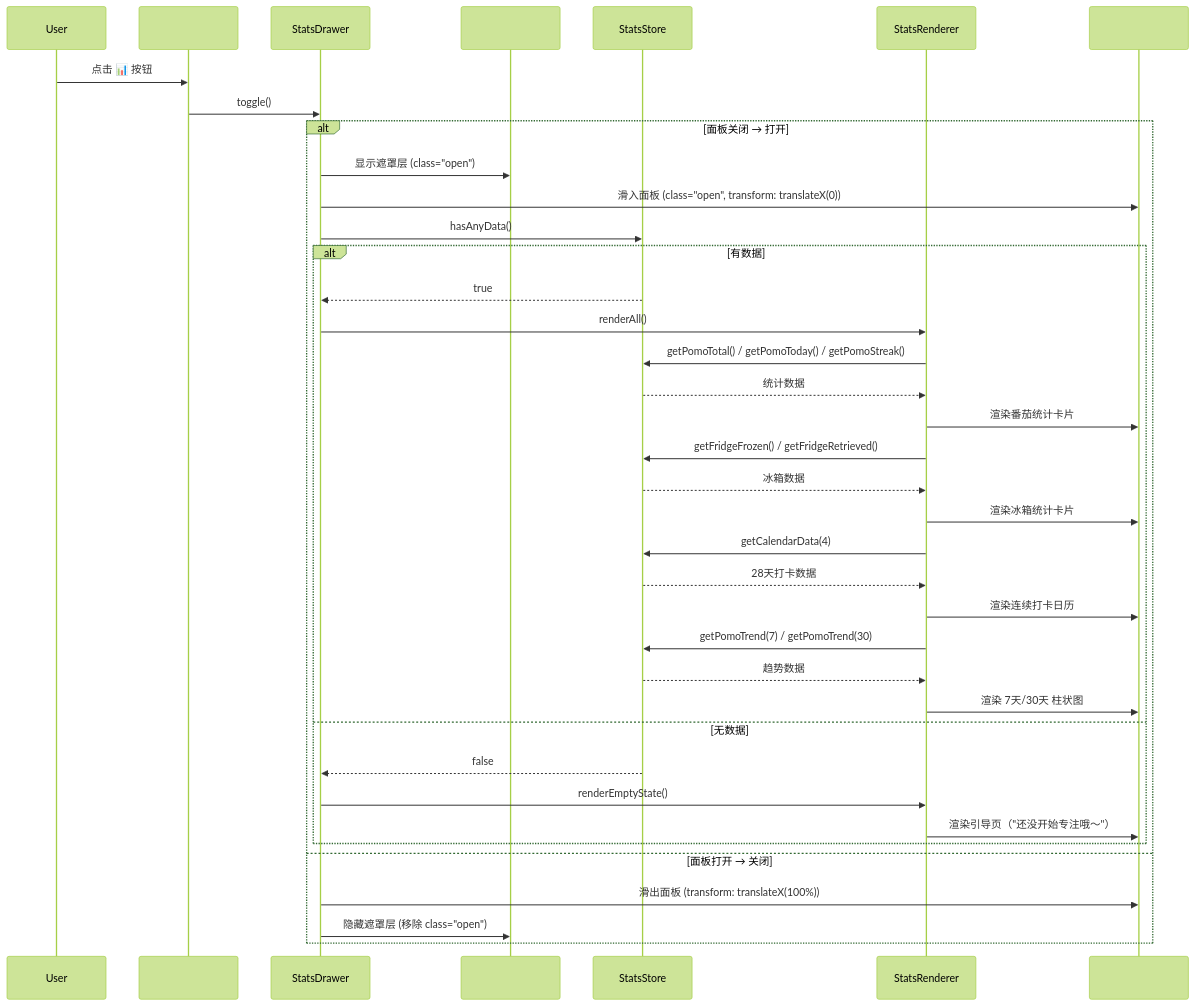
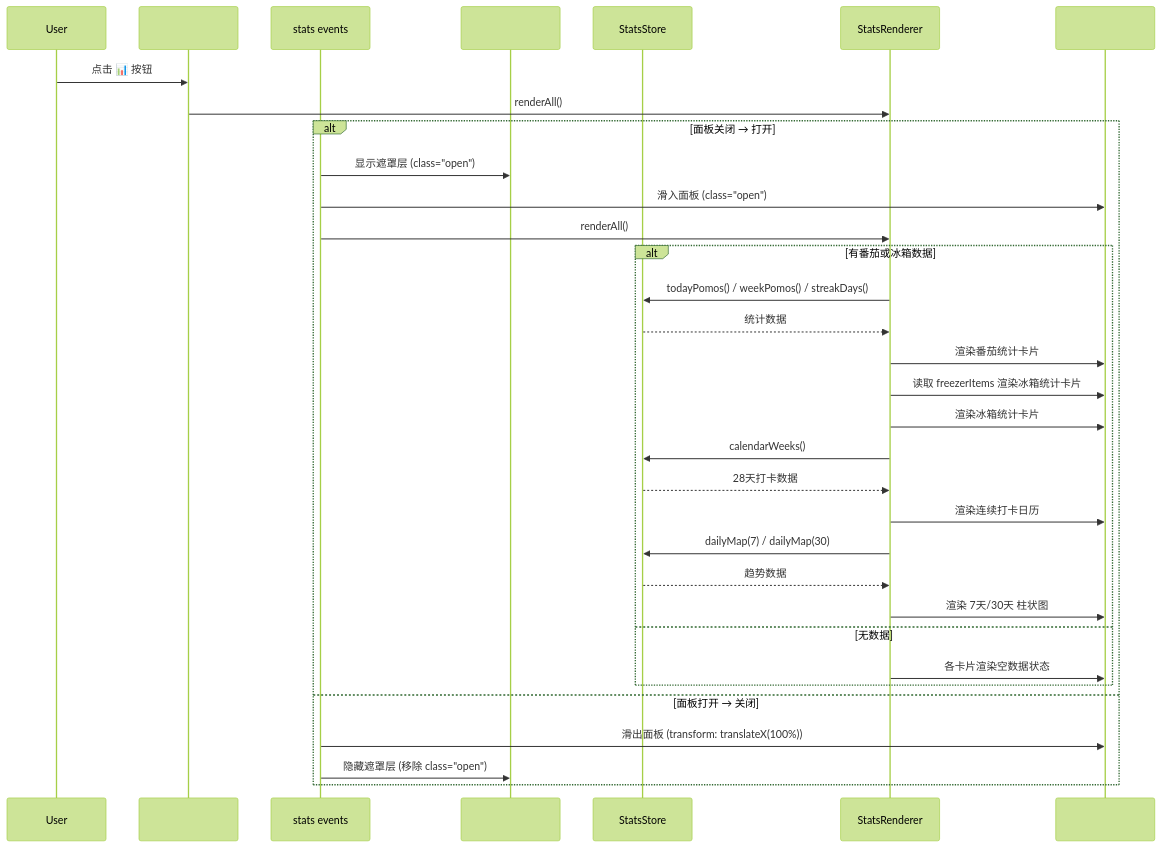
The second of 5 diagrams in docs/system_design.md (zcycharls/naonao), drawn with Mermaid (forest theme) before and after one commit. The commit also changed other lines of this file and 14 other files, not shown here.

````diff
--- a/docs/system_design.md
+++ b/docs/system_design.md
@@ -233,43 +199,38 @@
 ```mermaid
 sequenceDiagram
     participant User
-    participant StatsBtn as #stats-btn
-    participant Drawer as StatsDrawer
+    participant StatsBtn as #stats-toggle
+    participant Drawer as stats events
     participant Overlay as #stats-overlay
     participant Store as StatsStore
     participant Renderer as StatsRenderer
-    participant DOM as #stats-panel
+    participant DOM as #stats-drawer
 
     User->>StatsBtn: 点击 📊 按钮
-    StatsBtn->>Drawer: toggle()
+    StatsBtn->>Renderer: renderAll()
 
     alt 面板关闭 → 打开
         Drawer->>Overlay: 显示遮罩层 (class="open")
-        Drawer->>DOM: 滑入面板 (class="open", transform: translateX(0))
-        Drawer->>Store: hasAnyData()
+        Drawer->>DOM: 滑入面板 (class="open")
+        Drawer->>Renderer: renderAll()
 
-        alt 有数据
-            Store-->>Drawer: true
-            Drawer->>Renderer: renderAll()
-            Renderer->>Store: getPomoTotal() / getPomoToday() / getPomoStreak()
+        alt 有番茄或冰箱数据
+            Renderer->>Store: todayPomos() / weekPomos() / streakDays()
             Store-->>Renderer: 统计数据
             Renderer->>DOM: 渲染番茄统计卡片
-            Renderer->>Store: getFridgeFrozen() / getFridgeRetrieved()
-            Store-->>Renderer: 冰箱数据
+            Renderer->>DOM: 读取 freezerItems 渲染冰箱统计卡片
             Renderer->>DOM: 渲染冰箱统计卡片
-            Renderer->>Store: getCalendarData(4)
+            Renderer->>Store: calendarWeeks()
             Store-->>Renderer: 28天打卡数据
             Renderer->>DOM: 渲染连续打卡日历
-            Renderer->>Store: getPomoTrend(7) / getPomoTrend(30)
+            Renderer->>Store: dailyMap(7) / dailyMap(30)
             Store-->>Renderer: 趋势数据
             Renderer->>DOM: 渲染 7天/30天 柱状图
         else 无数据
-            Store-->>Drawer: false
-            Drawer->>Renderer: renderEmptyState()
-            Renderer->>DOM: 渲染引导页（"还没开始专注哦～"）
+            Renderer->>DOM: 各卡片渲染空数据状态
         end
     else 面板打开 → 关闭
         Drawer->>DOM: 滑出面板 (transform: translateX(100%))
         Drawer->>Overlay: 隐藏遮罩层 (移除 class="open")
     end
 ```
````
